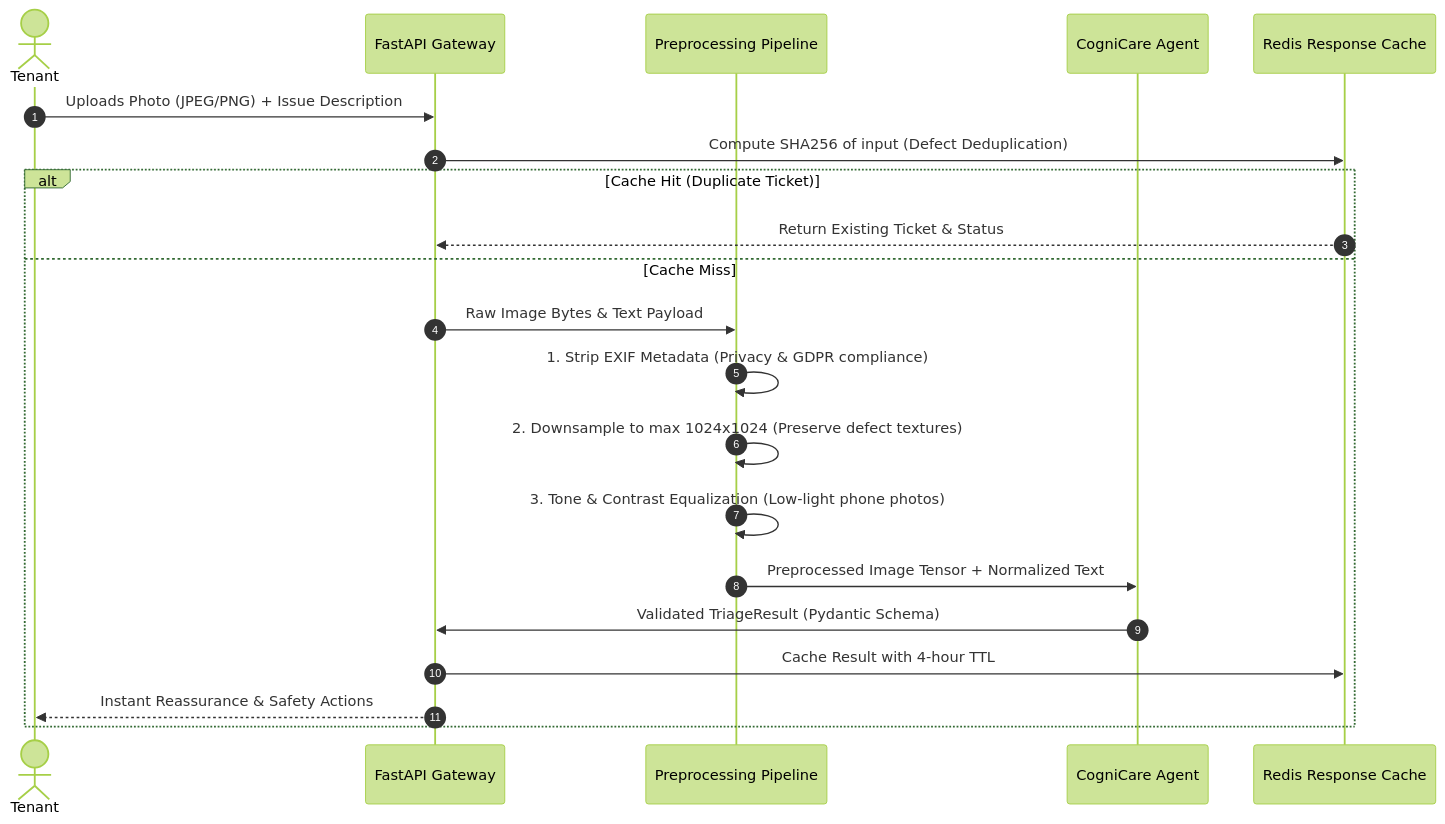
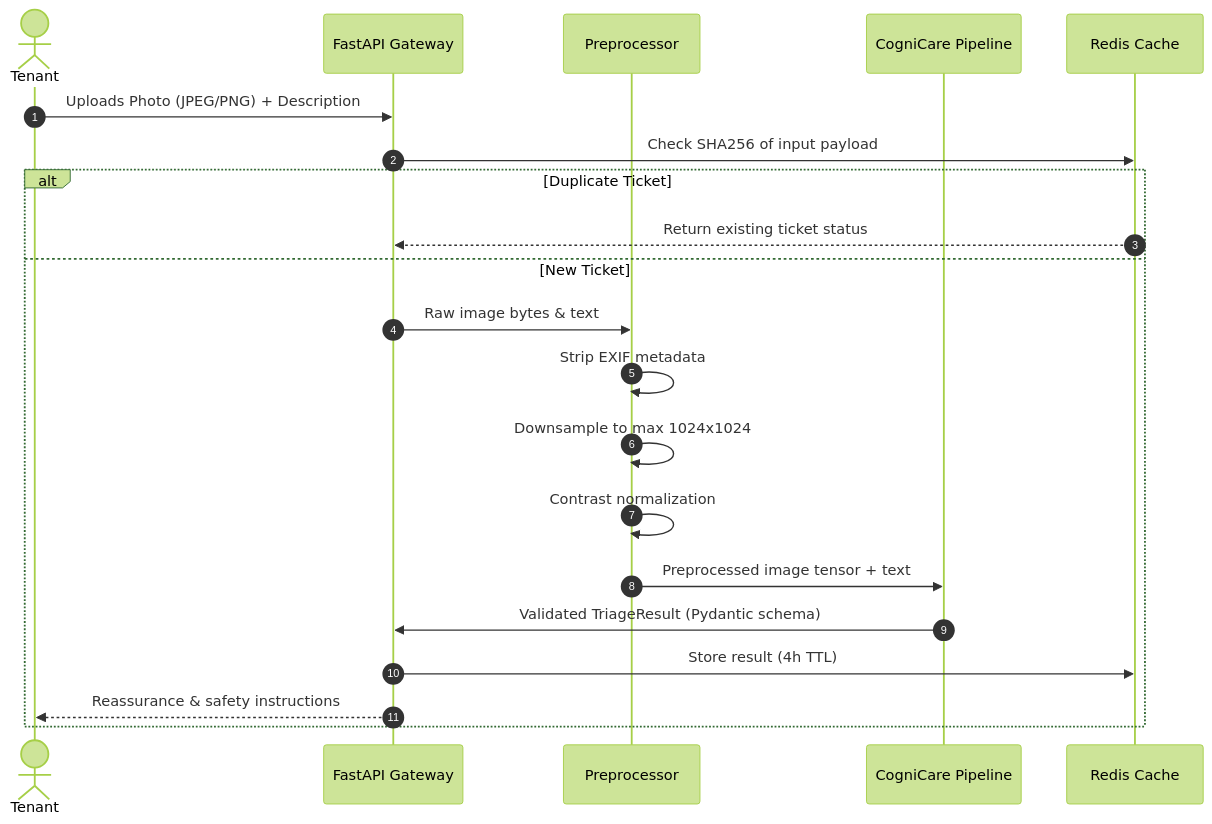
One commit to prime3436/cynbit-ai-cognicare changed the second of 2 diagrams in reports/TECHNICAL_APPROACH_REPORT.md. Above: the diagram before and after it, drawn with Mermaid (forest theme). The commit also changed other lines of this file and 12 other files, not shown here.

Commit message:
Refactor: Cleaned code architecture, removed extraneous comments, and streamlined reports

````diff
--- a/reports/TECHNICAL_APPROACH_REPORT.md
+++ b/reports/TECHNICAL_APPROACH_REPORT.md
@@ -67,24 +61,24 @@
 ```mermaid
 sequenceDiagram
     autonumber
     actor Tenant
     participant Gateway as FastAPI Gateway
-    participant Pipe as Preprocessing Pipeline
-    participant Agent as CogniCare Agent
-    participant Cache as Redis Response Cache
+    participant Pre as Preprocessor
+    participant Engine as CogniCare Pipeline
+    participant Cache as Redis Cache
 
-    Tenant->>Gateway: Uploads Photo (JPEG/PNG) + Issue Description
-    Gateway->>Cache: Compute SHA256 of input (Defect Deduplication)
-    alt Cache Hit (Duplicate Ticket)
-        Cache-->>Gateway: Return Existing Ticket & Status
-    else Cache Miss
-        Gateway->>Pipe: Raw Image Bytes & Text Payload
-        Pipe->>Pipe: 1. Strip EXIF Metadata (Privacy & GDPR compliance)
-        Pipe->>Pipe: 2. Downsample to max 1024x1024 (Preserve defect textures)
-        Pipe->>Pipe: 3. Tone & Contrast Equalization (Low-light phone photos)
-        Pipe->>Agent: Preprocessed Image Tensor + Normalized Text
-        Agent->>Gateway: Validated TriageResult (Pydantic Schema)
-        Gateway->>Cache: Cache Result with 4-hour TTL
-        Gateway-->>Tenant: Instant Reassurance & Safety Actions
+    Tenant->>Gateway: Uploads Photo (JPEG/PNG) + Description
+    Gateway->>Cache: Check SHA256 of input payload
+    alt Duplicate Ticket
+        Cache-->>Gateway: Return existing ticket status
+    else New Ticket
+        Gateway->>Pre: Raw image bytes & text
+        Pre->>Pre: Strip EXIF metadata
+        Pre->>Pre: Downsample to max 1024x1024
+        Pre->>Pre: Contrast normalization
+        Pre->>Engine: Preprocessed image tensor + text
+        Engine->>Gateway: Validated TriageResult (Pydantic schema)
+        Gateway->>Cache: Store result (4h TTL)
+        Gateway-->>Tenant: Reassurance & safety instructions
     end
 ```
````
